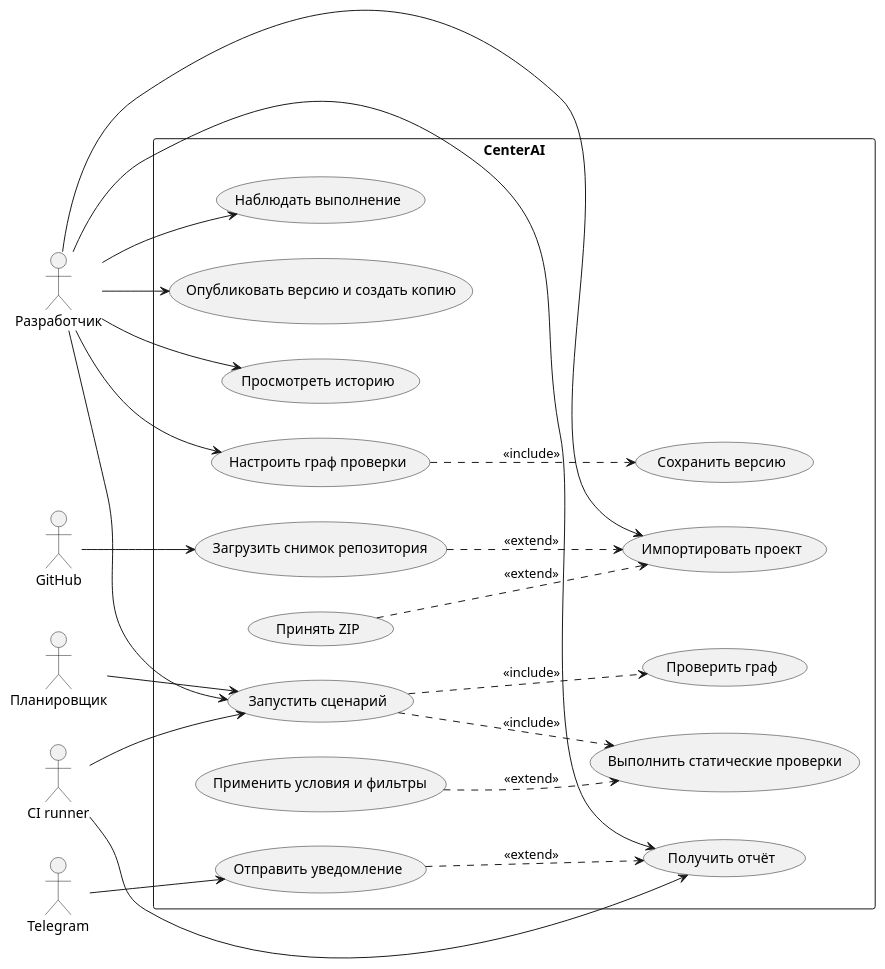
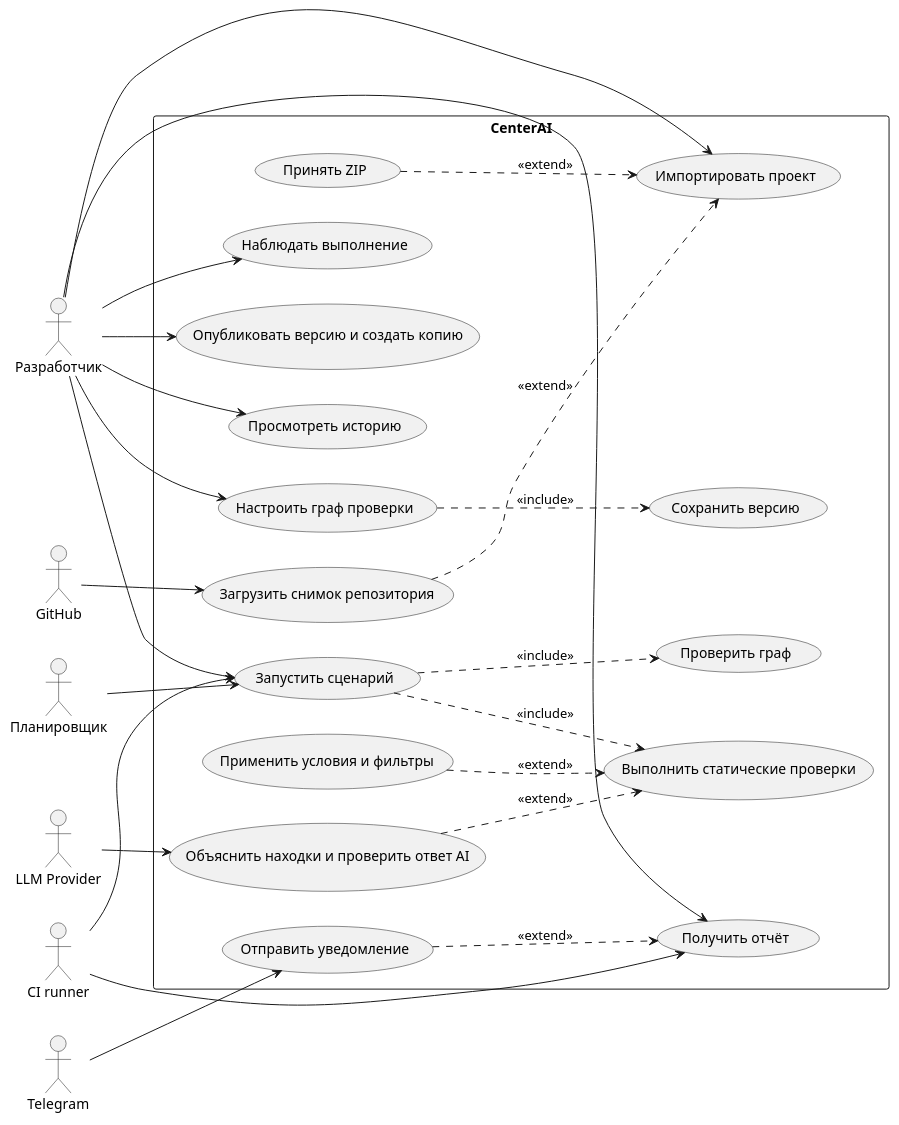
Before and after one commit to breadskiy/centerai: the diagram in docs/use-cases.puml, drawn with PlantUML. The commit also changed 17 other files, not shown here.

```diff
--- a/docs/use-cases.puml
+++ b/docs/use-cases.puml
@@ -1,43 +1,47 @@
 @startuml
 left to right direction
 actor "Разработчик" as User
 actor "Планировщик" as Timer
 actor "GitHub" as Git
 actor "Telegram" as Chat
 actor "CI runner" as CI
+actor "LLM Provider" as LLM
 rectangle CenterAI {
   usecase "Импортировать проект" as Import
   usecase "Принять ZIP" as Zip
   usecase "Загрузить снимок репозитория" as Repo
   usecase "Настроить граф проверки" as Graph
   usecase "Сохранить версию" as Version
   usecase "Проверить граф" as Validate
   usecase "Запустить сценарий" as Run
   usecase "Выполнить статические проверки" as Analyze
+  usecase "Объяснить находки и проверить ответ AI" as Explain
   usecase "Применить условия и фильтры" as Logic
   usecase "Наблюдать выполнение" as Monitor
   usecase "Получить отчёт" as Report
   usecase "Отправить уведомление" as Notify
   usecase "Опубликовать версию и создать копию" as Templates
   usecase "Просмотреть историю" as History
 }
 User --> Import
 Zip ..> Import : <<extend>>
 Repo ..> Import : <<extend>>
 Git --> Repo
 User --> Graph
 Graph ..> Version : <<include>>
 User --> Run
 Timer --> Run
 Run ..> Validate : <<include>>
 Run ..> Analyze : <<include>>
 Logic ..> Analyze : <<extend>>
+Explain ..> Analyze : <<extend>>
+LLM --> Explain
 User --> Monitor
 User --> Report
 User --> History
 User --> Templates
 CI --> Run
 CI --> Report
 Notify ..> Report : <<extend>>
 Chat --> Notify
 @enduml
```
